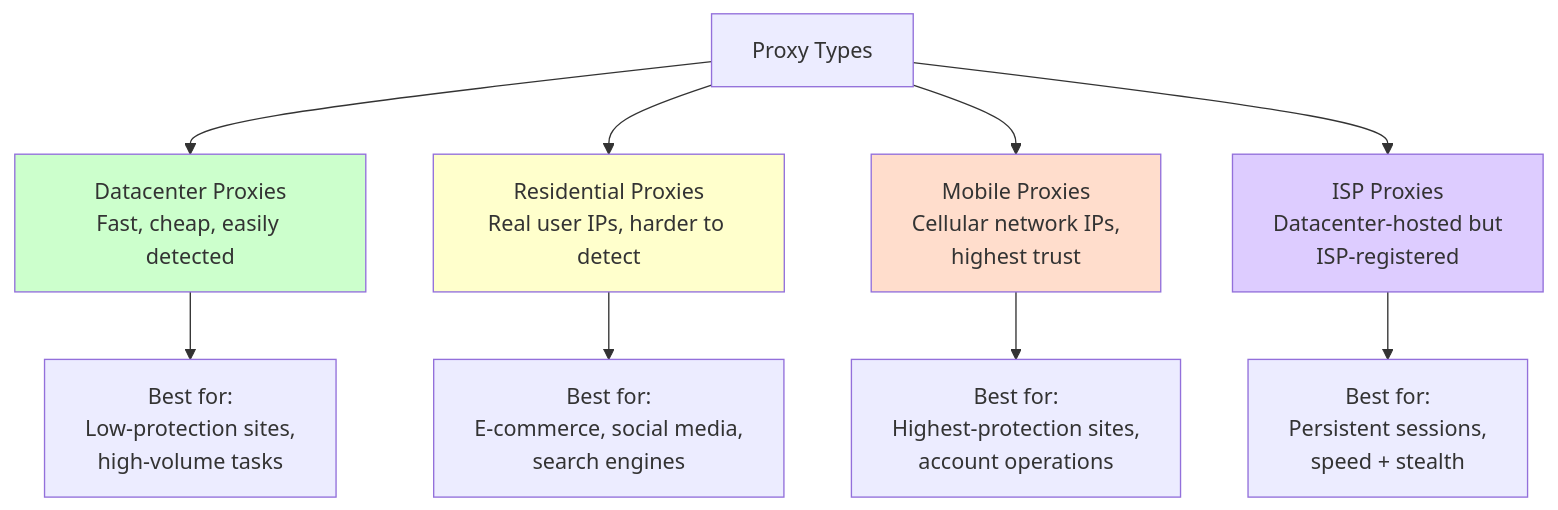
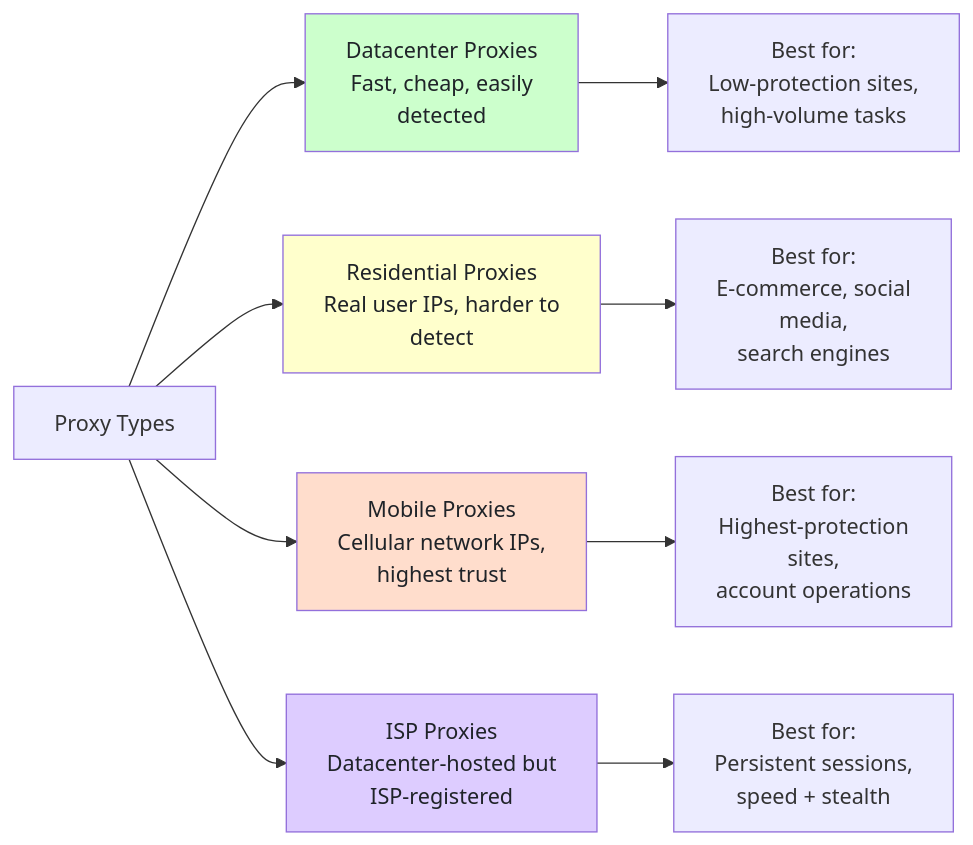
One commit to bytetunnels/bytetunnels.github.com changed the second of 7 diagrams in _posts/2026-02-10-web-scraping-industry-2026-market-size-trends.md. Above: the diagram before and after it, drawn with Mermaid. The commit also changed other lines of this file and 118 other files, not shown here.

Commit message:
feat: improve diagram styling and compact wide flowcharts

````diff
--- a/_posts/2026-02-10-web-scraping-industry-2026-market-size-trends.md
+++ b/_posts/2026-02-10-web-scraping-industry-2026-market-size-trends.md
@@ -91,17 +91,17 @@
 ```mermaid
-flowchart TD
-    A["Proxy Types"] --> B["Datacenter Proxies<br>Fast, cheap, easily detected"]
-    A --> C["Residential Proxies<br>Real user IPs, harder to detect"]
-    A --> D["Mobile Proxies<br>Cellular network IPs,<br>highest trust"]
-    A --> E["ISP Proxies<br>Datacenter-hosted but<br>ISP-registered"]
+flowchart LR
+    A["Proxy Types"] --> B["Datacenter Proxies<br/>Fast, cheap, easily<br/>detected"]
+    A --> C["Residential Proxies<br/>Real user IPs, harder to<br/>detect"]
+    A --> D["Mobile Proxies<br/>Cellular network IPs,<br/>highest trust"]
+    A --> E["ISP Proxies<br/>Datacenter-hosted but<br/>ISP-registered"]
 
-    B --> F["Best for:<br>Low-protection sites,<br>high-volume tasks"]
-    C --> G["Best for:<br>E-commerce, social media,<br>search engines"]
-    D --> H["Best for:<br>Highest-protection sites,<br>account operations"]
-    E --> I["Best for:<br>Persistent sessions,<br>speed + stealth"]
+    B --> F["Best for:<br/>Low-protection sites,<br/>high-volume tasks"]
+    C --> G["Best for:<br/>E-commerce, social<br/>media,<br/>search engines"]
+    D --> H["Best for:<br/>Highest-protection<br/>sites,<br/>account operations"]
+    E --> I["Best for:<br/>Persistent sessions,<br/>speed + stealth"]
 
-    style B fill:#ccffcc
-    style C fill:#ffffcc
-    style D fill:#ffddcc
-    style E fill:#ddccff
+    style B fill:#ccffcc,color:#1f2328
+    style C fill:#ffffcc,color:#1f2328
+    style D fill:#ffddcc,color:#1f2328
+    style E fill:#ddccff,color:#1f2328
 ```
````
